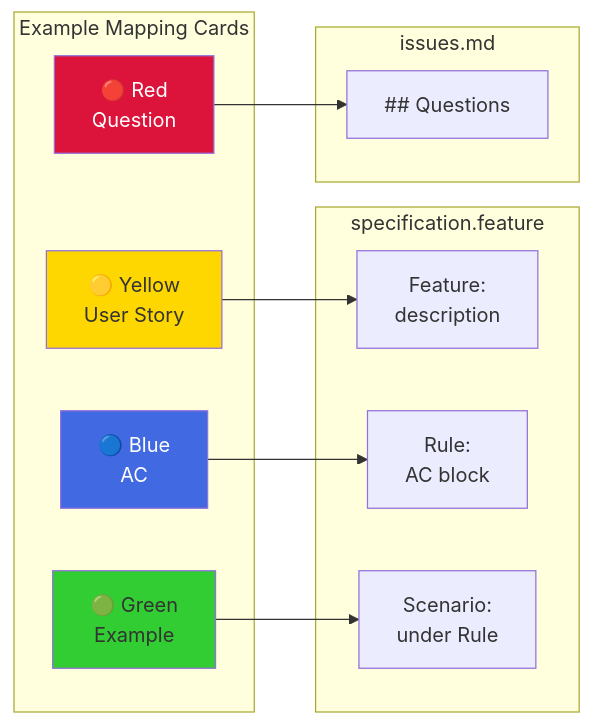
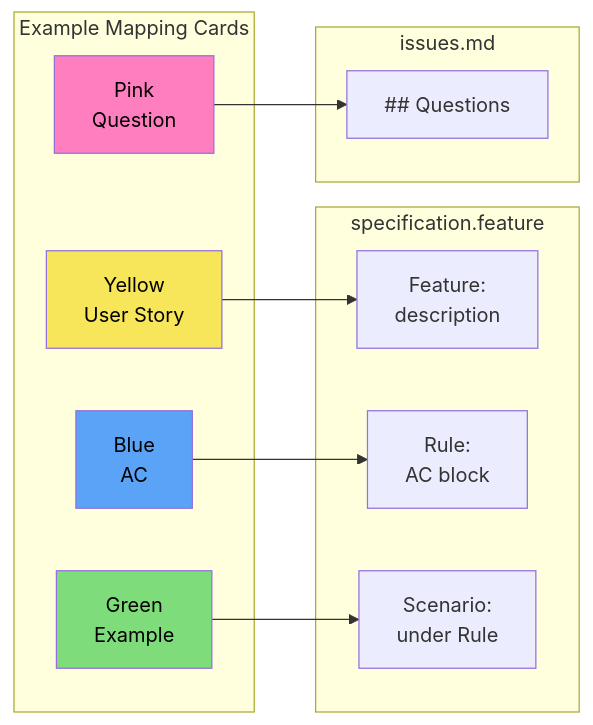
The second of 2 diagrams in docs/explanation/specifications/example-mapping.md (ready-to-release/eac), drawn with Mermaid before and after one commit. The commit also changed other lines of this file, not shown here.

Commit message:
Update example mapping, correct some errors and use svg icons, change red to pink to follow standard description

````diff
--- a/docs/explanation/specifications/example-mapping.md
+++ b/docs/explanation/specifications/example-mapping.md
@@ -122,29 +122,29 @@
 ```mermaid
 flowchart LR
     subgraph Workshop["Example Mapping Cards"]
-        Yellow["🟡 Yellow<br/>User Story"]
-        Blue["🔵 Blue<br/>AC"]
-        Green["🟢 Green<br/>Example"]
-        Red["🔴 Red<br/>Question"]
+        Story["Yellow<br/>User Story"]
+        Rule["Blue<br/>AC"]
+        Example["Green<br/>Example"]
+        Question["Pink<br/>Question"]
     end
 
     subgraph Spec["specification.feature"]
         Feature["Feature:<br/>description"]
-        Rule["Rule:<br/>AC block"]
+        RuleBlock["Rule:<br/>AC block"]
         Scenario["Scenario:<br/>under Rule"]
     end
 
     subgraph Issues["issues.md"]
         Issue["## Questions"]
     end
 
-    Yellow --> Feature
-    Blue --> Rule
-    Green --> Scenario
-    Red --> Issue
+    Story --> Feature
+    Rule --> RuleBlock
+    Example --> Scenario
+    Question --> Issue
 
-    style Yellow fill:#FFD700
-    style Blue fill:#4169E1,color:#fff
-    style Green fill:#32CD32
-    style Red fill:#DC143C,color:#fff
+    style Story fill:#F7E55A,color:#000
+    style Rule fill:#5BA3F7,color:#000
+    style Example fill:#7EDC7A,color:#000
+    style Question fill:#FF7EBF,color:#000
 ```
````
